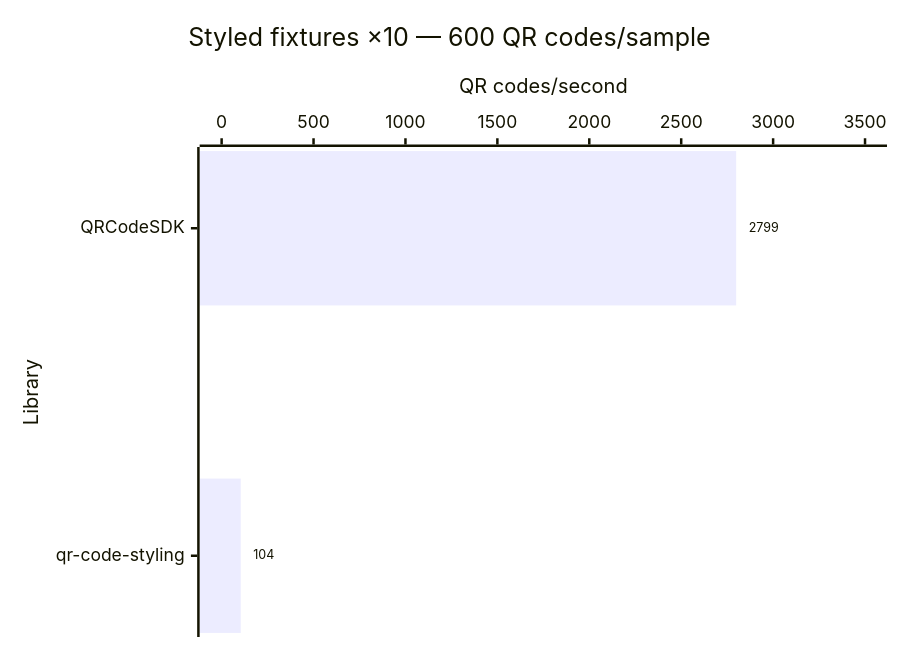
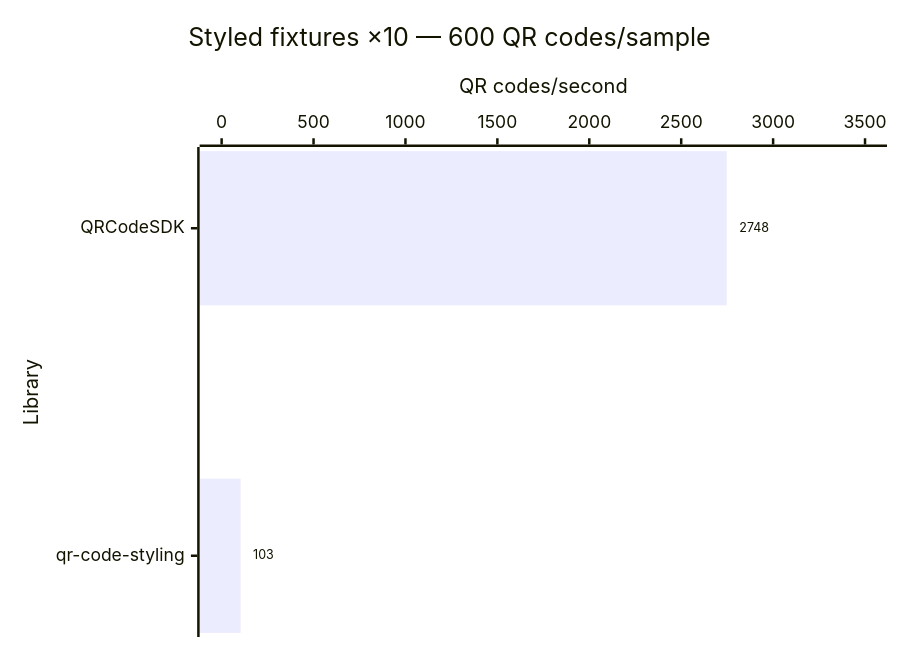
Diagram 13 of 14 in apps/docs/src/content/docs/learn/performance.md (Dafnik/qrcodesdk), drawn with Mermaid before and after one commit. The commit also changed other lines of this file, not shown here.

````diff
--- a/apps/docs/src/content/docs/learn/performance.md
+++ b/apps/docs/src/content/docs/learn/performance.md
@@ -284,15 +284,15 @@
 ```mermaid
 ---
 config:
   xyChart:
     showDataLabel: true
     showDataLabelOutsideBar: true
 ---
 xychart horizontal
   accTitle: Styled SVG generation: Styled fixtures ×10 — 600 QR codes/sample
-  accDescr: Throughput calculated from median time. QRCodeSDK 2,799 QR codes per second, qr-code-styling 104 QR codes per second. Higher is better.
+  accDescr: Throughput calculated from median time. QRCodeSDK 2,748 QR codes per second, qr-code-styling 103 QR codes per second. Higher is better.
   title "Styled fixtures ×10 — 600 QR codes/sample"
   x-axis "Library" ["QRCodeSDK", "qr-code-styling"]
   y-axis "QR codes/second" 0 --> 3500
-  bar [2799, 104]
+  bar [2748, 103]
 ```
````
